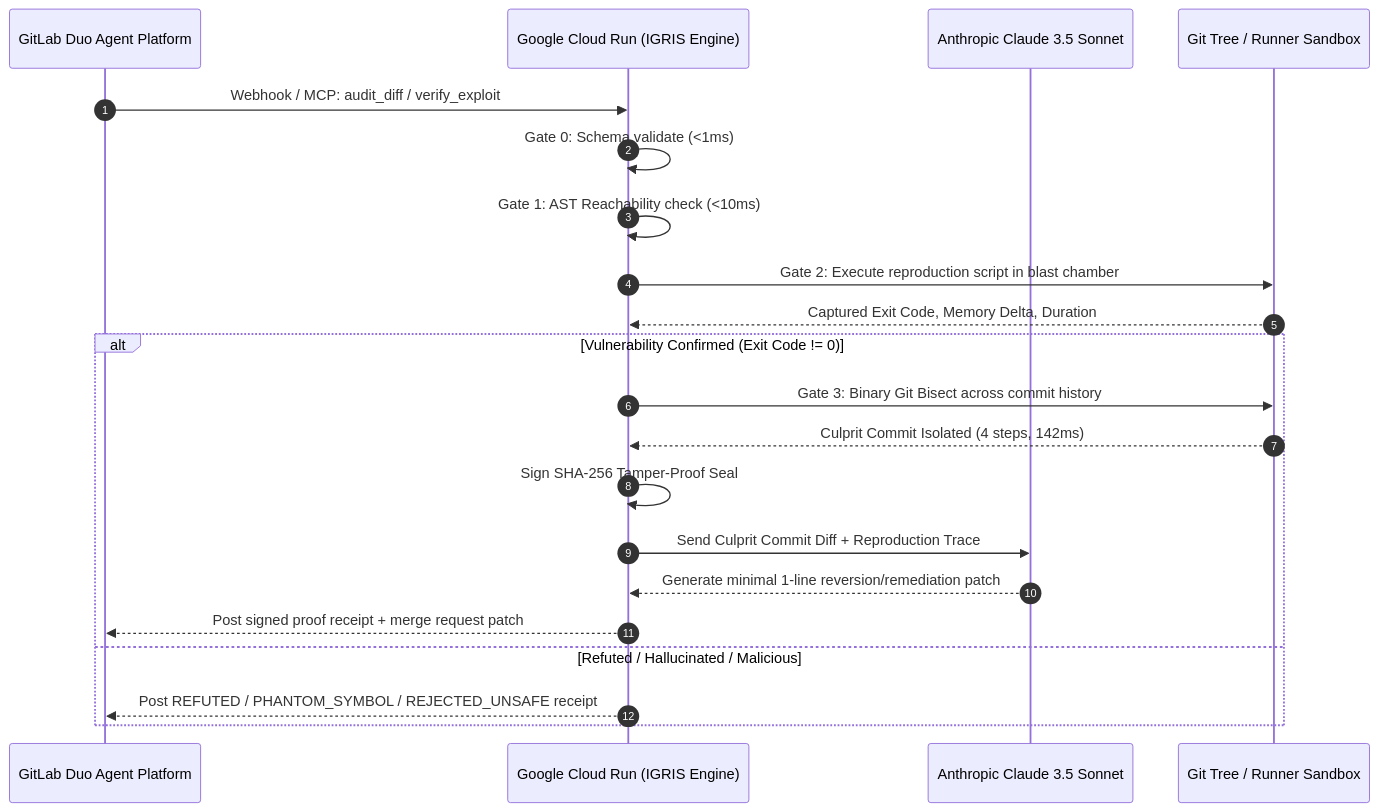
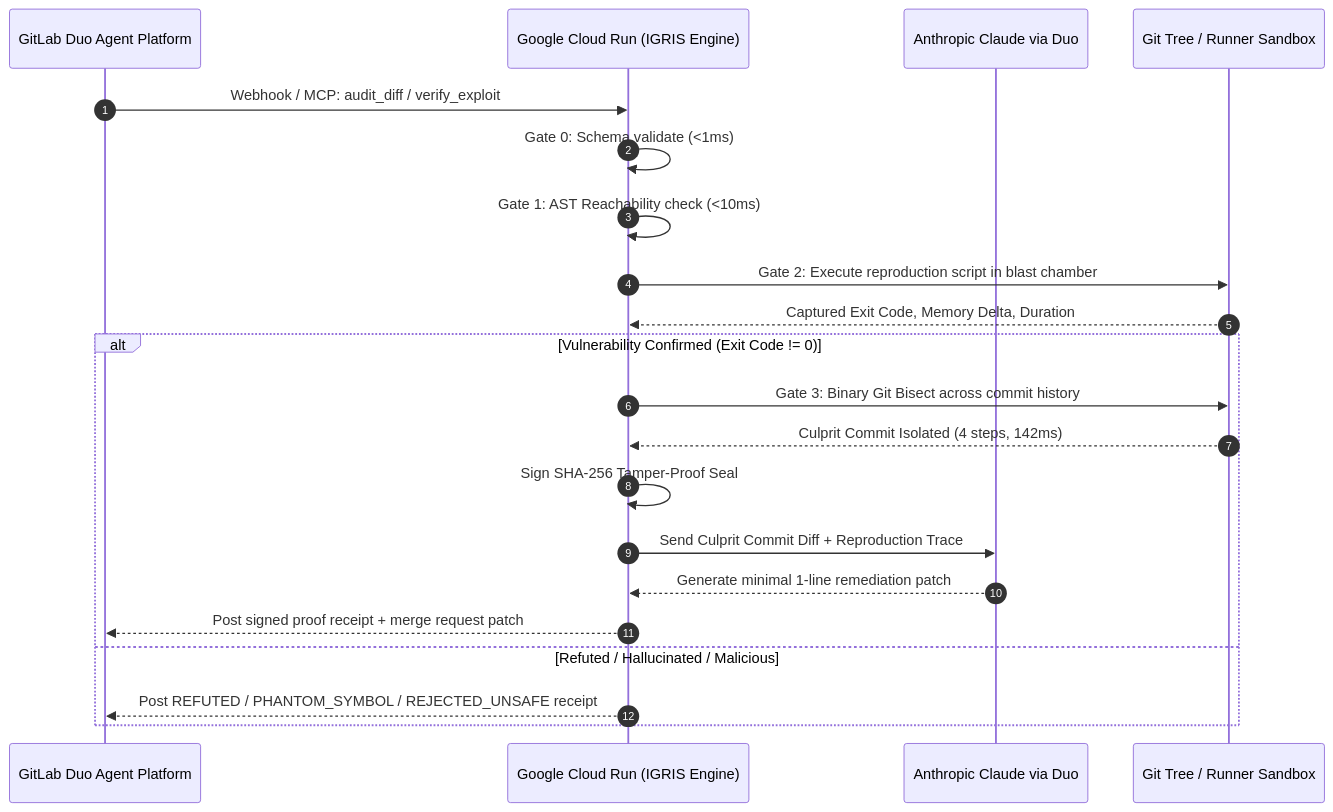
Before and after one commit to GreatSage-dev/igris: the diagram in README.md, drawn with Mermaid. The commit also changed other lines of this file and 4 other files, not shown here.

````diff
--- a/README.md
+++ b/README.md
@@ -90,24 +104,24 @@
 ```mermaid
 sequenceDiagram
     autonumber
     participant GL as GitLab Duo Agent Platform
     participant GCP as Google Cloud Run (IGRIS Engine)
-    participant AN as Anthropic Claude 3.5 Sonnet
+    participant AN as Anthropic Claude via Duo
     participant GIT as Git Tree / Runner Sandbox
 
     GL->>GCP: Webhook / MCP: audit_diff / verify_exploit
     GCP->>GCP: Gate 0: Schema validate (<1ms)
     GCP->>GCP: Gate 1: AST Reachability check (<10ms)
     GCP->>GIT: Gate 2: Execute reproduction script in blast chamber
     GIT-->>GCP: Captured Exit Code, Memory Delta, Duration
     alt Vulnerability Confirmed (Exit Code != 0)
         GCP->>GIT: Gate 3: Binary Git Bisect across commit history
         GIT-->>GCP: Culprit Commit Isolated (4 steps, 142ms)
         GCP->>GCP: Sign SHA-256 Tamper-Proof Seal
         GCP->>AN: Send Culprit Commit Diff + Reproduction Trace
-        AN-->>GCP: Generate minimal 1-line reversion/remediation patch
+        AN-->>GCP: Generate minimal 1-line remediation patch
         GCP-->>GL: Post signed proof receipt + merge request patch
     else Refuted / Hallucinated / Malicious
         GCP-->>GL: Post REFUTED / PHANTOM_SYMBOL / REJECTED_UNSAFE receipt
     end
 ```
````
